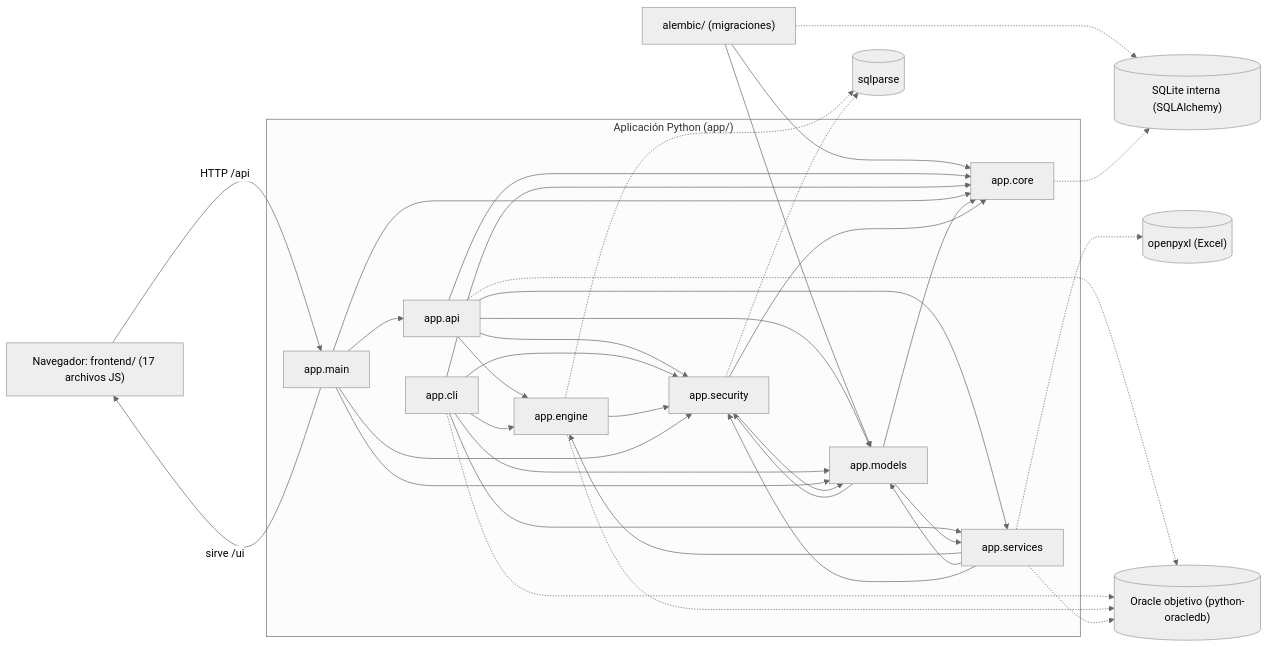
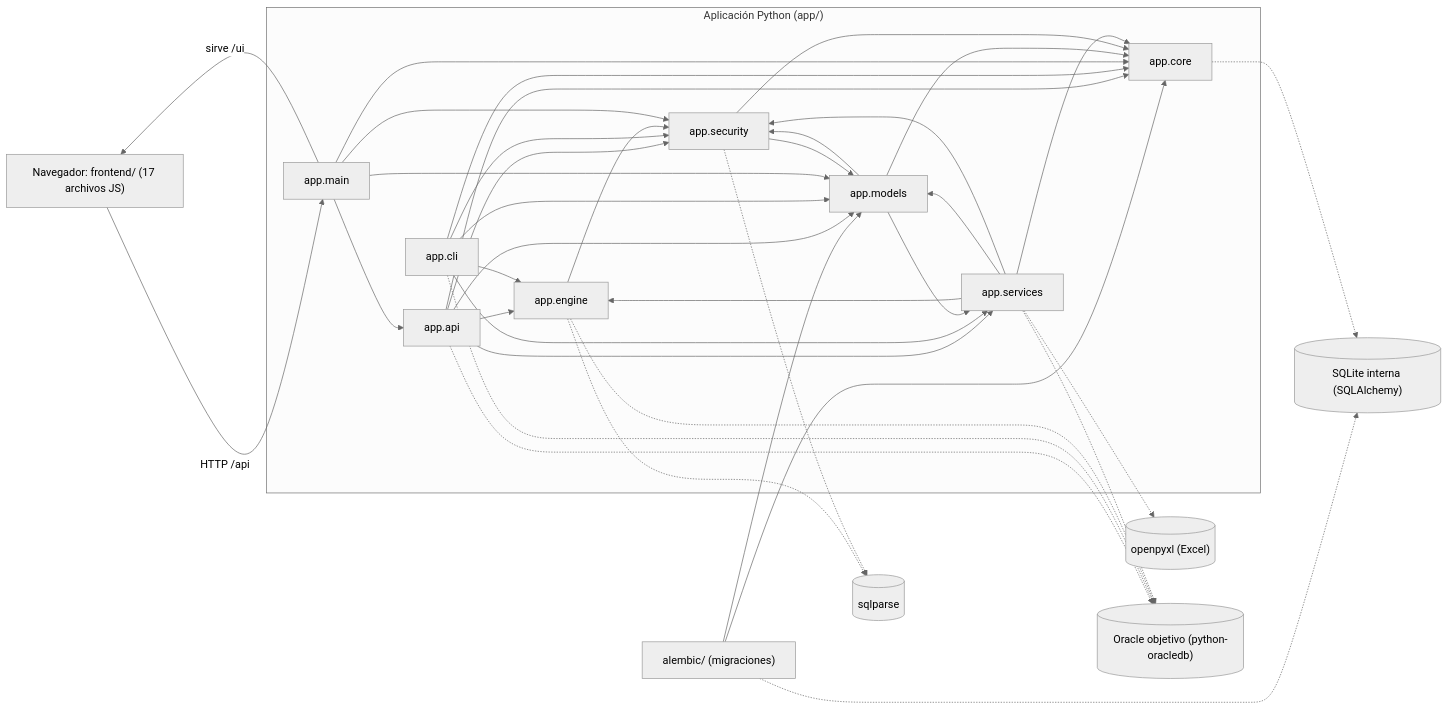
The diagram in framework-pruebas-sql/docs/diagramas/componentes.mermaid (Ssjkvinf/si783-grupo4-docs), drawn with Mermaid (neutral theme) before and after one commit. The commit also changed 27 other files, not shown here.

```diff
--- a/framework-pruebas-sql/docs/diagramas/componentes.mermaid
+++ b/framework-pruebas-sql/docs/diagramas/componentes.mermaid
@@ -1,55 +1,56 @@
 %% GENERADO por scripts/docs/gen_docs.py. No editar a mano.
 %% Dependencias entre paquetes, leídas de los import de app/ y alembic/env.py (se omiten FastAPI y, salvo en app.core y alembic, SQLAlchemy por legibilidad).
 flowchart LR
     nav["Navegador: frontend/ (17 archivos JS)"]
     subgraph APP["Aplicación Python (app/)"]
         app_api["app.api"]
         app_cli["app.cli"]
         app_core["app.core"]
         app_engine["app.engine"]
         app_main["app.main"]
         app_models["app.models"]
         app_security["app.security"]
         app_services["app.services"]
     end
     alembic["alembic/ (migraciones)"]
     ext_openpyxl[("openpyxl (Excel)")]
     ext_oracle[("Oracle objetivo (python-oracledb)")]
     ext_sqlite[("SQLite interna (SQLAlchemy)")]
     ext_sqlparse[("sqlparse")]
     nav -->|"HTTP /api"| app_main
     app_main -->|"sirve /ui"| nav
     alembic --> app_core
     alembic --> app_models
     app_api --> app_core
     app_api --> app_engine
     app_api --> app_models
     app_api --> app_security
     app_api --> app_services
     app_cli --> app_core
     app_cli --> app_engine
     app_cli --> app_models
     app_cli --> app_security
     app_cli --> app_services
     app_engine --> app_security
     app_main --> app_api
     app_main --> app_core
     app_main --> app_models
     app_main --> app_security
     app_models --> app_core
     app_models --> app_security
     app_models --> app_services
     app_security --> app_core
     app_security --> app_models
+    app_services --> app_core
     app_services --> app_engine
     app_services --> app_models
     app_services --> app_security
     alembic -.-> ext_sqlite
     app_api -.-> ext_oracle
     app_cli -.-> ext_oracle
     app_core -.-> ext_sqlite
     app_engine -.-> ext_oracle
     app_engine -.-> ext_sqlparse
     app_security -.-> ext_sqlparse
     app_services -.-> ext_openpyxl
     app_services -.-> ext_oracle
```
